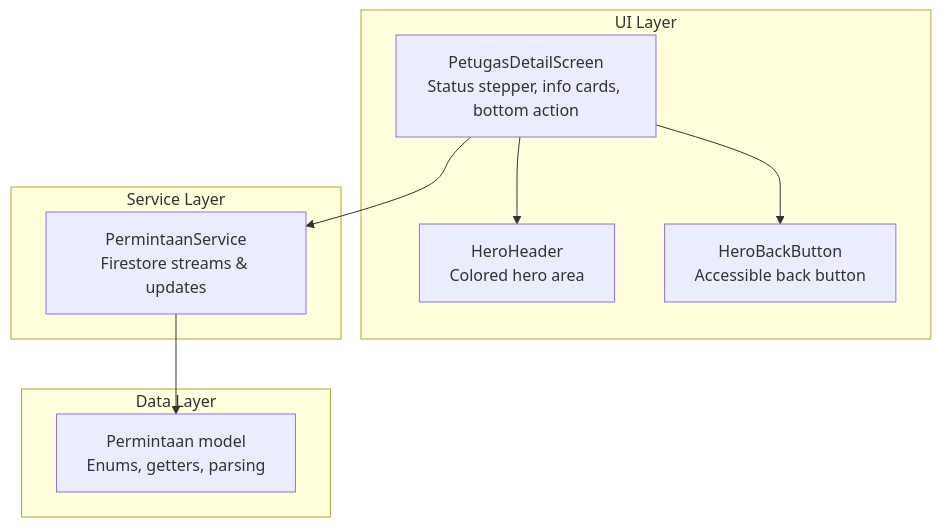
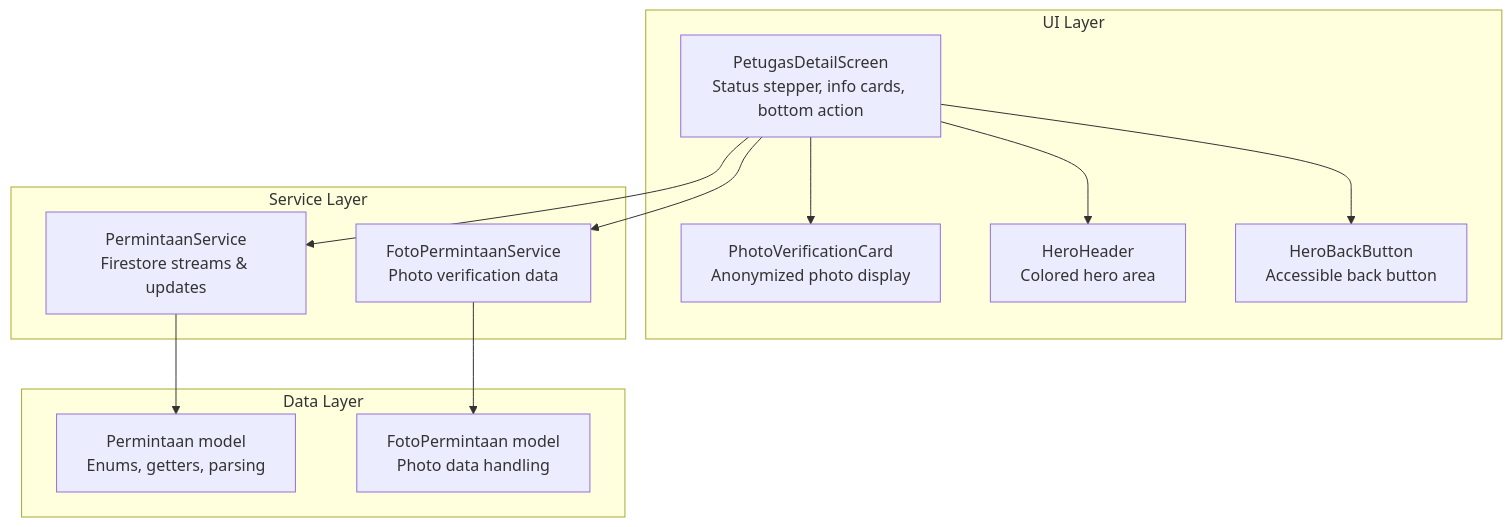
Before and after one commit to rdsarjito/whoosh-ramah: the first of 7 diagrams in .qoder/repowiki/en/content/Mobile Application/Staff Workflow/Task Detail Screen.md, drawn with Mermaid. The commit also changed other lines of this file and 68 other files, not shown here.

````diff
--- a/.qoder/repowiki/en/content/Mobile Application/Staff Workflow/Task Detail Screen.md
+++ b/.qoder/repowiki/en/content/Mobile Application/Staff Workflow/Task Detail Screen.md
@@ -33,18 +45,24 @@
 ```mermaid
 graph TB
 subgraph "UI Layer"
 PDS["PetugasDetailScreen<br/>Status stepper, info cards, bottom action"]
+PH["PhotoVerificationCard<br/>Anonymized photo display"]
 HH["HeroHeader<br/>Colored hero area"]
 HBB["HeroBackButton<br/>Accessible back button"]
 end
 subgraph "Service Layer"
 PS["PermintaanService<br/>Firestore streams & updates"]
+FS["FotoPermintaanService<br/>Photo verification data"]
 end
 subgraph "Data Layer"
 M["Permintaan model<br/>Enums, getters, parsing"]
+FM["FotoPermintaan model<br/>Photo data handling"]
 end
+PDS --> PH
 PDS --> HH
 PDS --> HBB
 PDS --> PS
+PDS --> FS
 PS --> M
+FS --> FM
 ```
````
